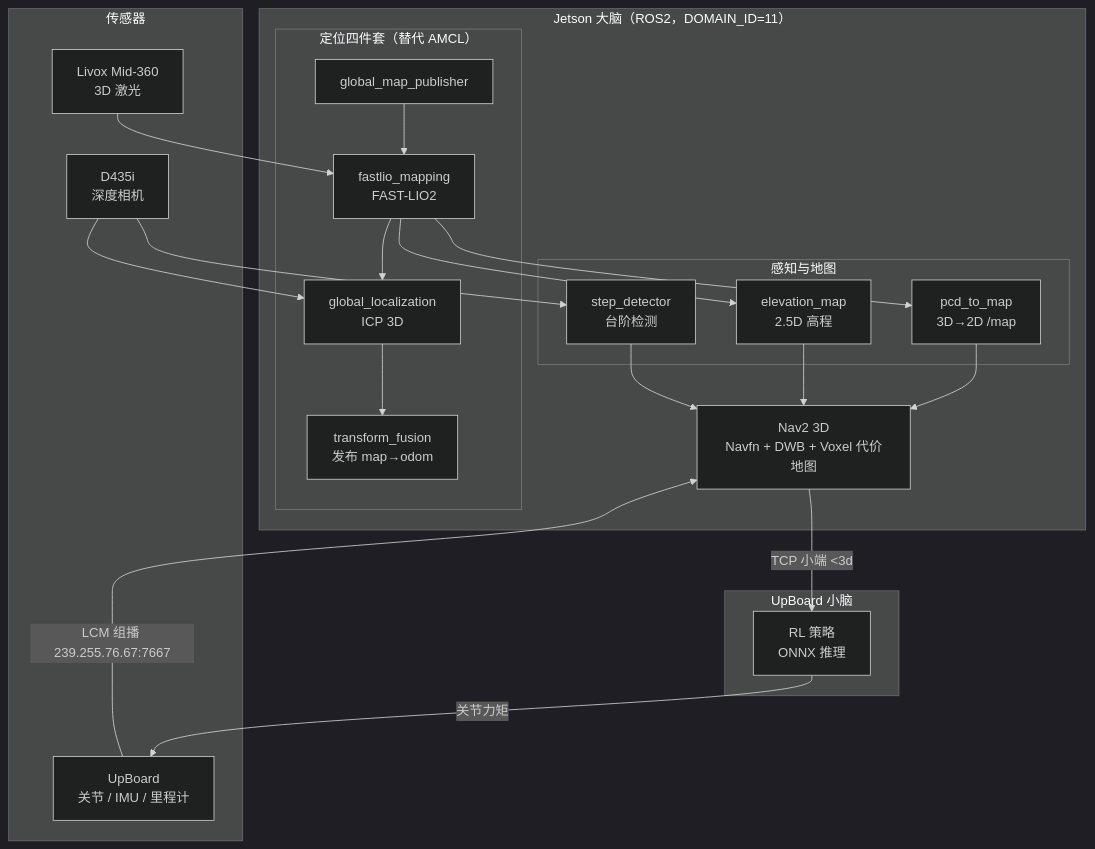
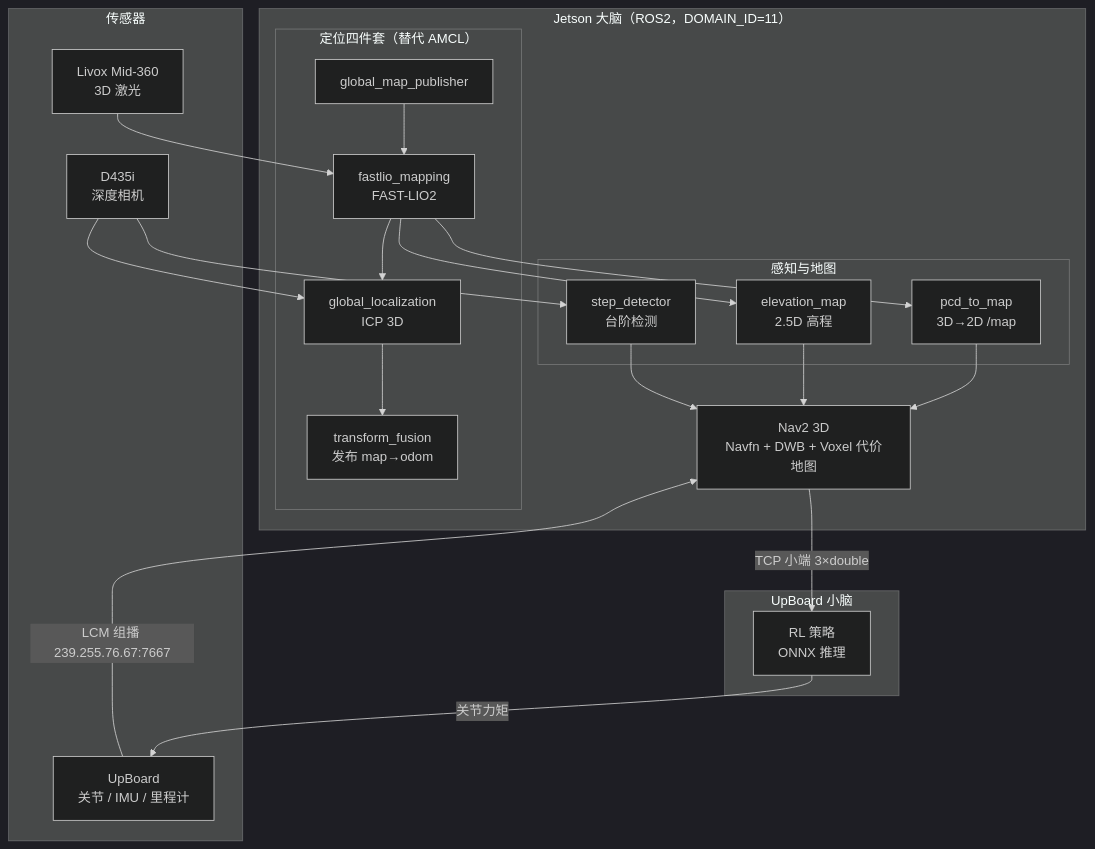
The diagram in README.md (DLDLDL13579/big_dog_ws), drawn with Mermaid (dark theme) before and after one commit.

Commit message:
docs: 修正架构图中会破坏 Mermaid 解析的 HTML 实体

````diff
--- a/README.md
+++ b/README.md
@@ -55,38 +55,38 @@
 ```mermaid
 graph TB
     subgraph SENSOR["传感器"]
         M360["Livox Mid-360<br/>3D 激光"]
         D435["D435i<br/>深度相机"]
         UPIMU["UpBoard<br/>关节 / IMU / 里程计"]
     end
 
     subgraph BRAIN["Jetson 大脑（ROS2，DOMAIN_ID=11）"]
         subgraph LOC["定位四件套（替代 AMCL）"]
             GMP["global_map_publisher"]
             FLIO["fastlio_mapping<br/>FAST-LIO2"]
             GLOC["global_localization<br/>ICP 3D"]
             TFU["transform_fusion<br/>发布 map→odom"]
         end
         subgraph PERCEPT["感知与地图"]
             P2M["pcd_to_map<br/>3D→2D /map"]
             ELE["elevation_map<br/>2.5D 高程"]
             STEP["step_detector<br/>台阶检测"]
         end
         NAV2["Nav2 3D<br/>Navfn + DWB + Voxel 代价地图"]
     end
 
     subgraph LITTLE["UpBoard 小脑"]
         RL["RL 策略<br/>ONNX 推理"]
     end
 
     M360 --> FLIO
     D435 --> GLOC
     D435 --> STEP
     GMP --> FLIO --> GLOC --> TFU
     FLIO --> P2M --> NAV2
     FLIO --> ELE --> NAV2
     STEP --> NAV2
-    NAV2 -->|"TCP 小端 &lt;3d"| RL
+    NAV2 -->|"TCP 小端 3×double"| RL
     UPIMU -->|"LCM 组播 239.255.76.67:7667"| NAV2
     RL -->|"关节力矩"| UPIMU
 ```
````
